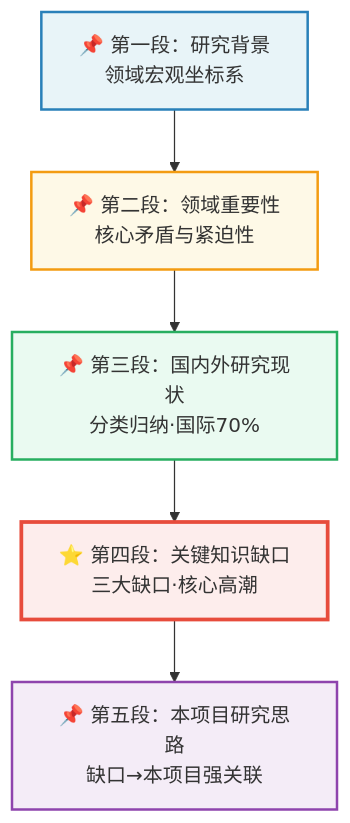
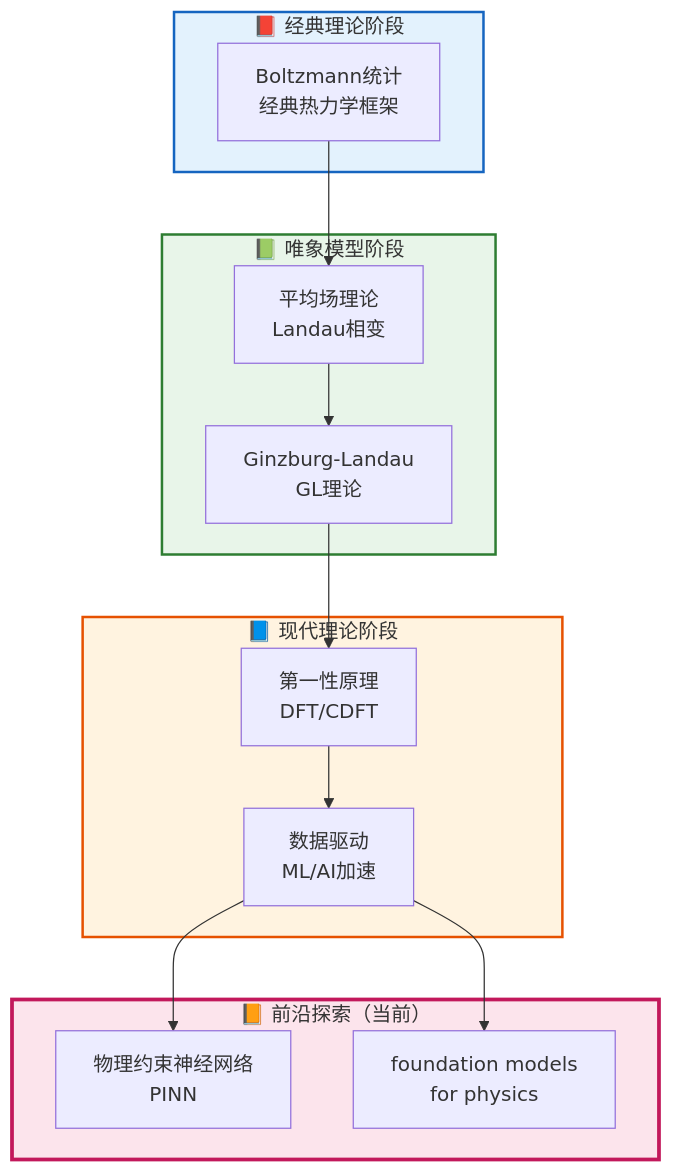
Before and after one commit to copyleftz/nsfc-rationale: the first of 4 diagrams in SKILL.md, drawn with Mermaid. The commit also changed other lines of this file, not shown here.

````diff
--- a/SKILL.md
+++ b/SKILL.md
@@ -150,13 +136,30 @@
 ```mermaid
 flowchart TD
-    A["📌 第一段：研究背景<br/>领域宏观坐标系"] --> B["📌 第二段：领域重要性<br/>核心矛盾与紧迫性"]
-    B --> C["📌 第三段：国内外研究现状<br/>分类归纳·国际70%"]
-    C --> D["⭐ 第四段：关键知识缺口<br/>三大缺口·核心高潮"]
-    D --> E["📌 第五段：本项目研究思路<br/>缺口→本项目强关联"]
+    subgraph 理论奠基["📕 经典理论阶段"]
+        T1["Boltzmann统计<br/>经典热力学框架"]
+    end
     
-    style A fill:#e8f4f8,stroke:#2980b9,stroke-width:2px
-    style B fill:#fef9e7,stroke:#f39c12,stroke-width:2px
-    style C fill:#eafaf1,stroke:#27ae60,stroke-width:2px
-    style D fill:#fdedec,stroke:#e74c3c,stroke-width:3px
-    style E fill:#f4ecf7,stroke:#8e44ad,stroke-width:2px
+    subgraph 唯象模型["📗 唯象模型阶段"]
+        P1["平均场理论<br/>Landau相变"]
+        P2["Ginzburg-Landau<br/>GL理论"]
+    end
+    
+    subgraph 现代理论["📘 现代理论阶段"]
+        M1["第一性原理<br/>DFT/CDFT"]
+        M2["数据驱动<br/>ML/AI加速"]
+    end
+    
+    subgraph 前沿探索["📙 前沿探索（当前）"]
+        F1["物理约束神经网络<br/>PINN"]
+        F2["foundation models<br/>for physics"]
+    end
+    
+    T1 --> P1 --> P2 --> M1 --> M2
+    M2 --> F1
+    M2 --> F2
+    
+    style 理论奠基 fill:#e3f2fd,stroke:#1565c0,stroke-width:2px
+    style 唯象模型 fill:#e8f5e9,stroke:#2e7d32,stroke-width:2px
+    style 现代理论 fill:#fff3e0,stroke:#e65100,stroke-width:2px
+    style 前沿探索 fill:#fce4ec,stroke:#c2185b,stroke-width:3px
 ```
````
